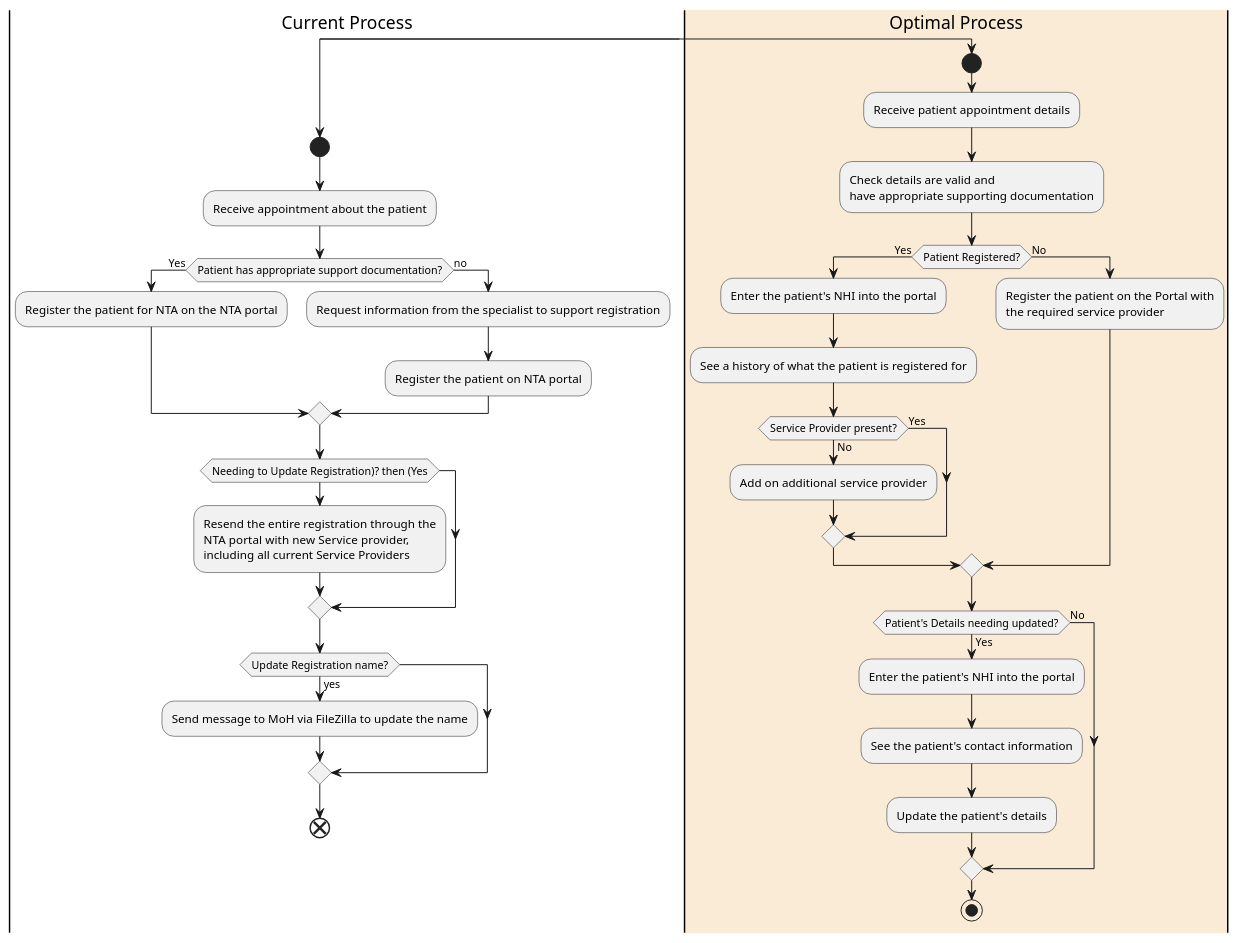
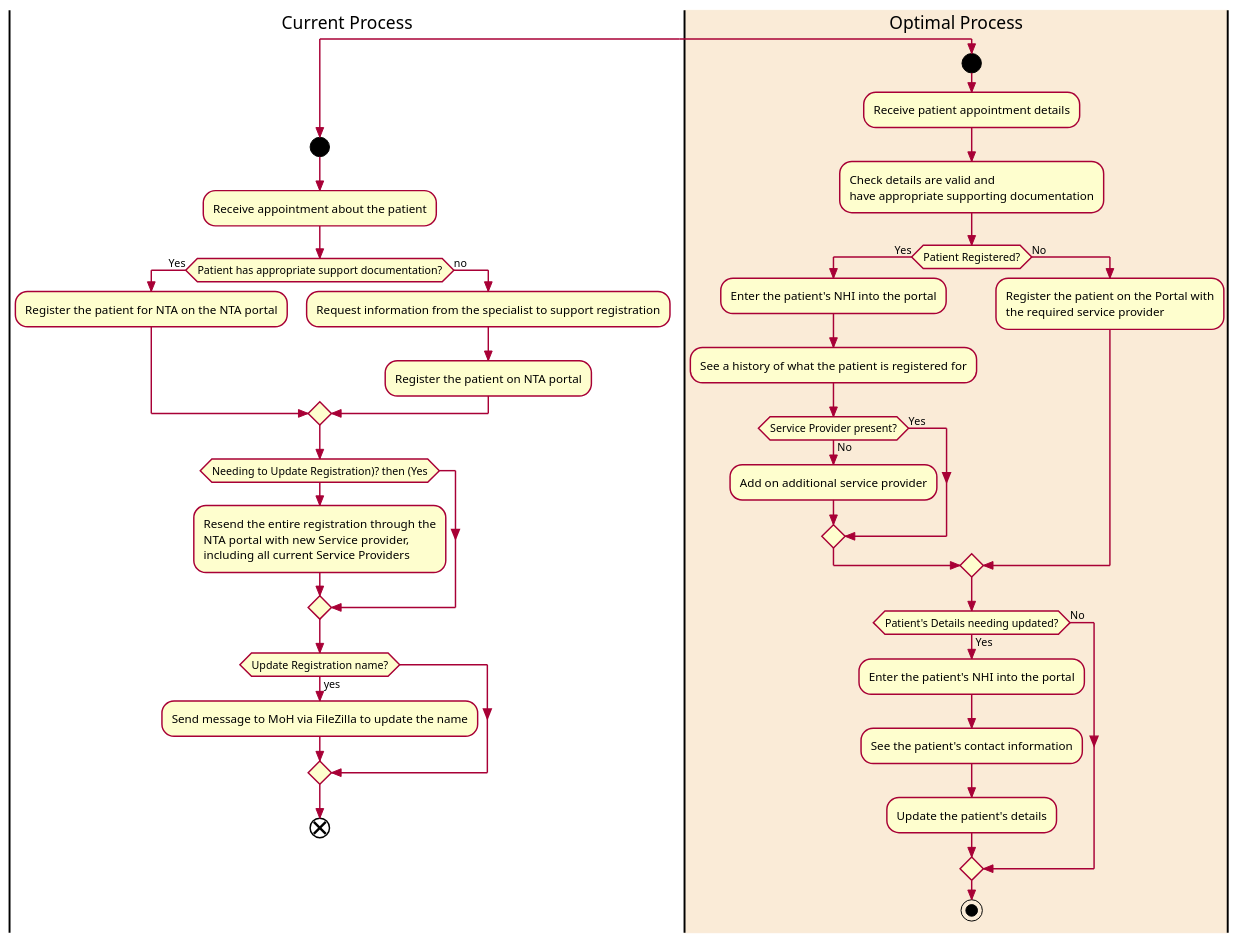
Before and after one commit to hamtana/TravelTracker: the diagram in Planning/Swimlane.puml, drawn with PlantUML. The commit also changed 2 other files, not shown here.

Commit message:
updated the erd and added swimlane diagram

```diff
--- a/Planning/Swimlane.puml
+++ b/Planning/Swimlane.puml
@@ -1,49 +1,53 @@
 @startuml
+
+skin rose
+skinparam Style StrictUML
+skinparam LineType ortho
 
 split
   |Current Process|
   start
   :Receive appointment about the patient;
   if (Patient has appropriate support documentation?) then (Yes)
     :Register the patient for NTA on the NTA portal;
   else (no)
     :Request information from the specialist to support registration;
     :Register the patient on NTA portal;
   endif
   if (Needing to Update Registration)? then (Yes)
     :Resend the entire registration through the
     NTA portal with new Service provider, 
     including all current Service Providers;
   endif
   if (Update Registration name?) then (yes)
     :Send message to MoH via FileZilla to update the name;
   endif
   end
 
 split again
   |#AntiqueWhite|Optimal Process|
   start
   :Receive patient appointment details;
   :Check details are valid and
   have appropriate supporting documentation;
   if (Patient Registered?) then (Yes)
       :Enter the patient's NHI into the portal;
       :See a history of what the patient is registered for;
       if (Service Provider present?) then (No)
         :Add on additional service provider;
       else (Yes)
       endif
   else (No)
       :Register the patient on the Portal with
       the required service provider;
   endif 
   
   if (Patient's Details needing updated?) then (Yes)
       :Enter the patient's NHI into the portal;
       :See the patient's contact information;
       :Update the patient's details;
   else (No)
   endif
   stop
 end split
 @enduml
```
